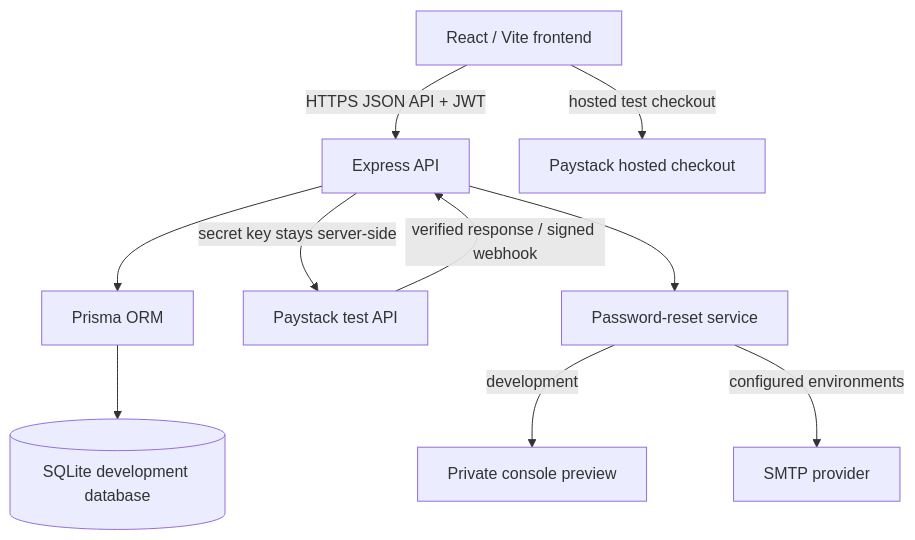
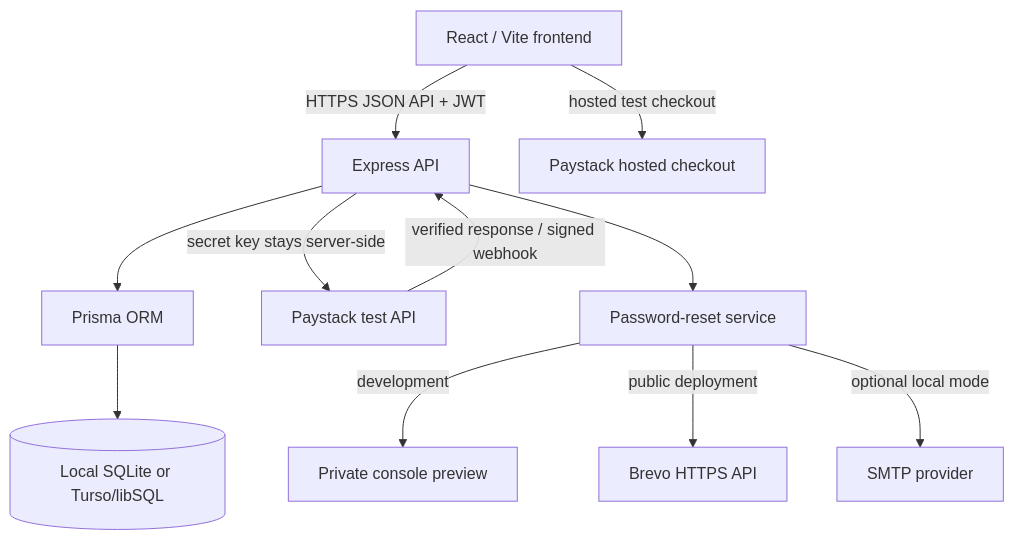
Before and after one commit to kvchi/OfferingsbyMk: the first of 2 diagrams in README.md, drawn with Mermaid. The commit also changed other lines of this file and 18 other files, not shown here.

Commit message:
feat(server): add secure public deployment foundation

````diff
--- a/README.md
+++ b/README.md
@@ -63,12 +63,13 @@
 ```mermaid
 flowchart TD
     Browser[React / Vite frontend] -->|HTTPS JSON API + JWT| API[Express API]
     API --> Prisma[Prisma ORM]
-    Prisma --> DB[(SQLite development database)]
+    Prisma --> DB[(Local SQLite or Turso/libSQL)]
     API -->|secret key stays server-side| Paystack[Paystack test API]
     Browser -->|hosted test checkout| Hosted[Paystack hosted checkout]
     Paystack -->|verified response / signed webhook| API
     API --> Reset[Password-reset service]
     Reset -->|development| Preview[Private console preview]
-    Reset -->|configured environments| SMTP[SMTP provider]
+    Reset -->|public deployment| Brevo[Brevo HTTPS API]
+    Reset -->|optional local mode| SMTP[SMTP provider]
 ```
````
